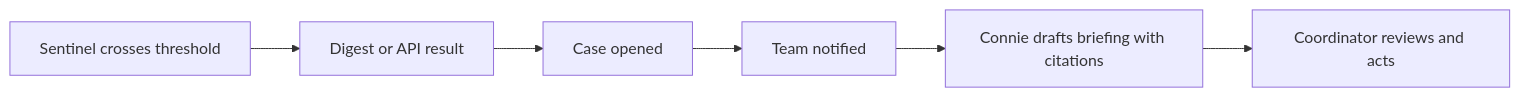
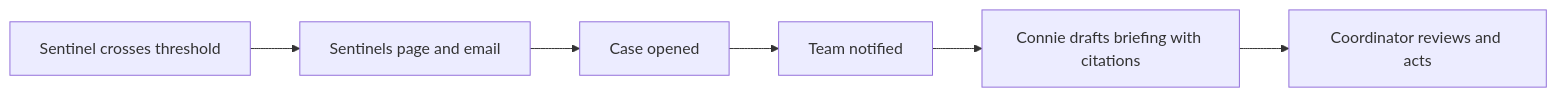
Before and after one commit to vH3-Digital/docs: the diagram in guides/sentinels.mdx, drawn with Mermaid. The commit also changed other lines of this file and 34 other files, not shown here.

````diff
--- a/guides/sentinels.mdx
+++ b/guides/sentinels.mdx
@@ -125,8 +155,8 @@
 ```mermaid
 flowchart LR
-    S[Sentinel crosses threshold] --> D[Digest or API result]
-    D --> C[Case opened]
+    S[Sentinel crosses threshold] --> P[Sentinels page and email]
+    P --> C[Case opened]
     C --> T[Team notified]
     T --> B[Connie drafts briefing with citations]
     B --> H[Coordinator reviews and acts]
 ```
````
